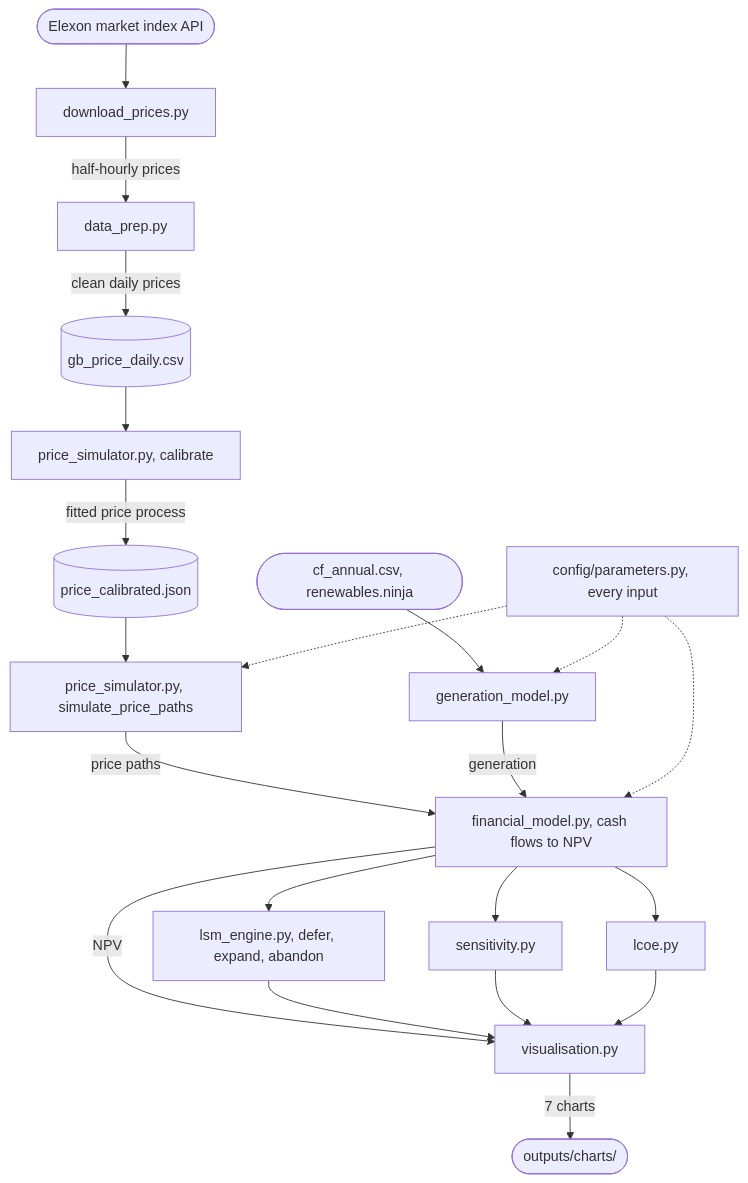
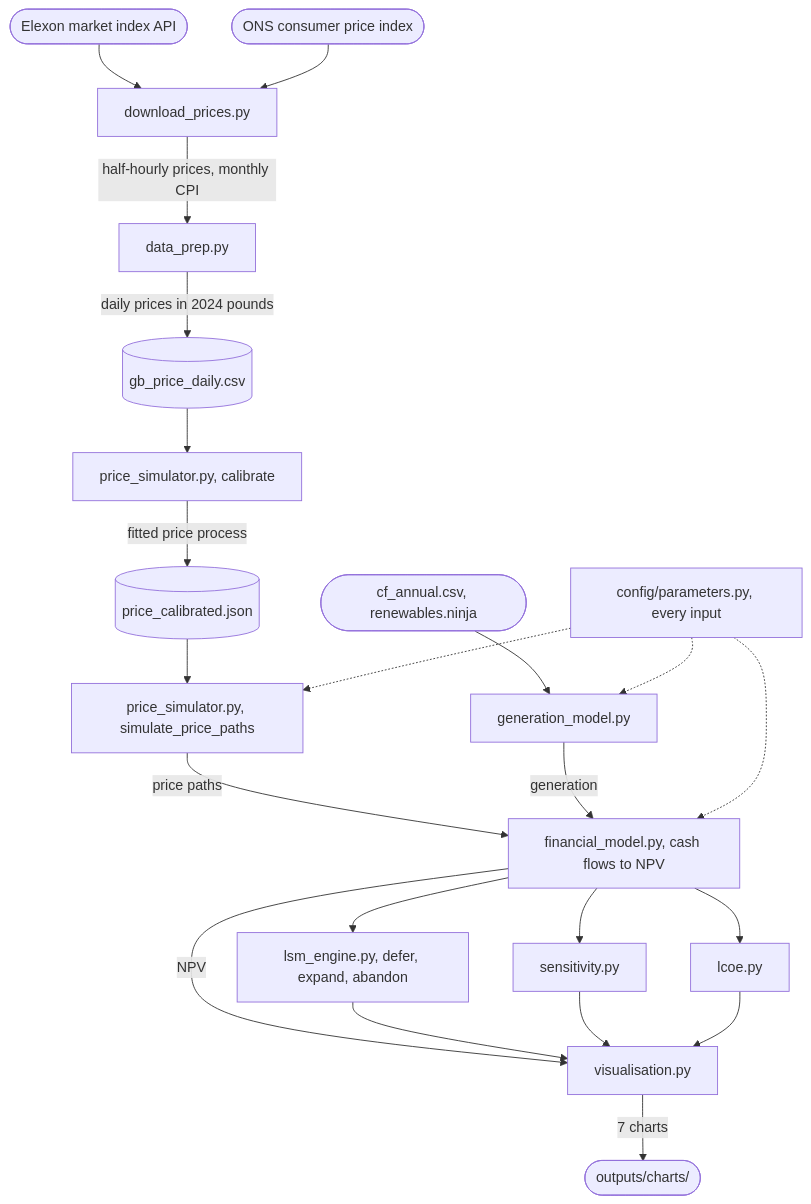
One commit to aymanazeem/UK-Offshore-Wind-Real-Options changed the diagram in README.md. Above: the diagram before and after it, drawn with Mermaid. The commit also changed other lines of this file and 29 other files, not shown here.

First line of the commit message:
Correct price timing, use real 2024 pounds throughout and source the inputs (#4)

````diff
--- a/README.md
+++ b/README.md
@@ -209,33 +212,35 @@
 ```mermaid
 flowchart TD
     elexon(["Elexon market index API"])
+    ons(["ONS consumer price index"])
     ninja(["cf_annual.csv, renewables.ninja"])
     params["config/parameters.py, every input"]
 
     elexon --> dl["download_prices.py"]
-    dl -->|"half-hourly prices"| prep["data_prep.py"]
-    prep -->|"clean daily prices"| daily[("gb_price_daily.csv")]
+    ons --> dl
+    dl -->|"half-hourly prices, monthly CPI"| prep["data_prep.py"]
+    prep -->|"daily prices in 2024 pounds"| daily[("gb_price_daily.csv")]
 
     daily --> cal["price_simulator.py, calibrate"]
     cal -->|"fitted price process"| caljson[("price_calibrated.json")]
     caljson --> simp["price_simulator.py, simulate_price_paths"]
 
     ninja --> gen["generation_model.py"]
 
     simp -->|"price paths"| fin["financial_model.py, cash flows to NPV"]
     gen -->|"generation"| fin
 
     fin -->|"NPV"| viz["visualisation.py"]
     fin --> lsm["lsm_engine.py, defer, expand, abandon"]
     fin --> sens["sensitivity.py"]
     fin --> lcoe["lcoe.py"]
 
     lsm --> viz
     sens --> viz
     lcoe --> viz
     viz -->|"7 charts"| charts(["outputs/charts/"])
 
     params -.-> simp
     params -.-> gen
     params -.-> fin
 ```
````
